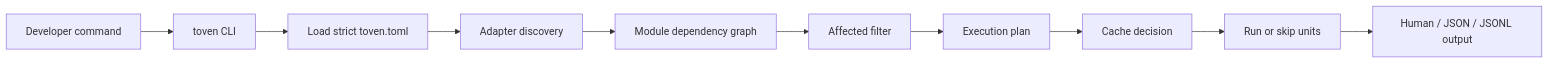
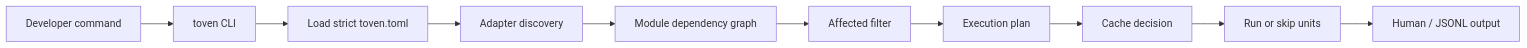
Before and after one commit to kbukum/toven: the diagram in docs/product.md, drawn with Mermaid. The commit also changed other lines of this file and 25 other files, not shown here.

````diff
--- a/docs/product.md
+++ b/docs/product.md
@@ -27,12 +25,12 @@
 ```mermaid
 flowchart LR
     User[Developer command] --> CLI[toven CLI]
     CLI --> Config[Load strict toven.toml]
     Config --> Adapter[Adapter discovery]
     Adapter --> Graph[Module dependency graph]
     Graph --> Affected[Affected filter]
     Affected --> Plan[Execution plan]
     Plan --> Cache[Cache decision]
     Cache --> Exec[Run or skip units]
-    Exec --> Report[Human / JSON / JSONL output]
+    Exec --> Report[Human / JSONL output]
 ```
````
